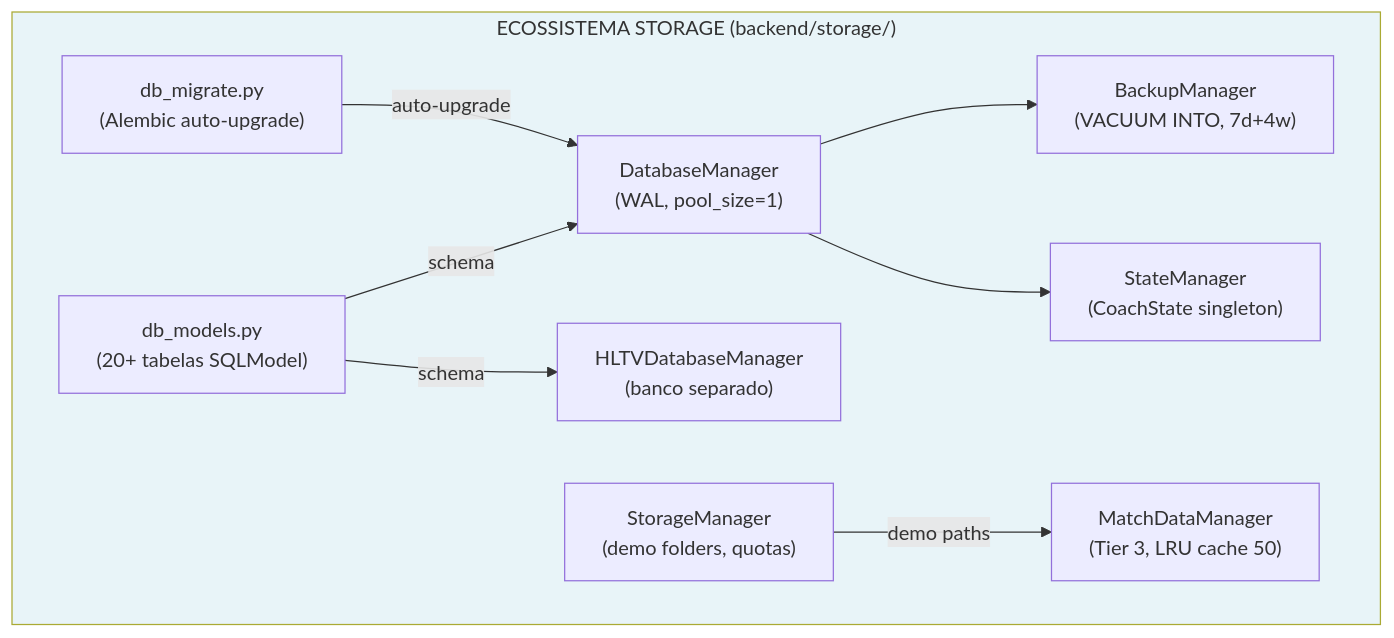
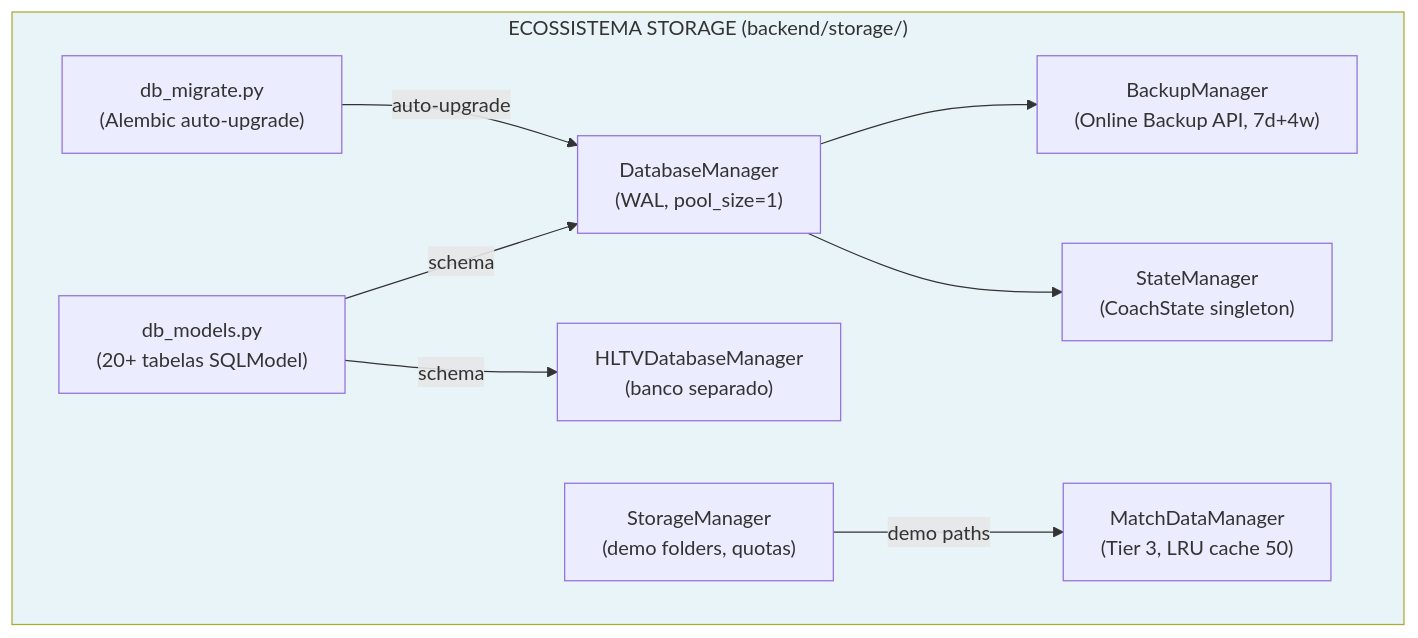
One commit to renanaugustomacena-ux/Counter-Strike-coach-AI changed diagram 41 of 48 in docs/books/Book-Coach-2-pt.md. Above: the diagram before and after it, drawn with Mermaid. The commit also changed other lines of this file and 29 other files, not shown here.

````diff
--- a/docs/books/Book-Coach-2-pt.md
+++ b/docs/books/Book-Coach-2-pt.md
@@ -2097,21 +2159,21 @@
 ```mermaid
 flowchart TB
     subgraph STORAGE["ECOSSISTEMA STORAGE (backend/storage/)"]
         DBM["DatabaseManager<br/>(WAL, pool_size=1)"]
         HLTV_DBM["HLTVDatabaseManager<br/>(banco separado)"]
         MDM["MatchDataManager<br/>(Tier 3, LRU cache 50)"]
-        BM["BackupManager<br/>(VACUUM INTO, 7d+4w)"]
+        BM["BackupManager<br/>(Online Backup API, 7d+4w)"]
         SM["StorageManager<br/>(demo folders, quotas)"]
         STM["StateManager<br/>(CoachState singleton)"]
         MODELS["db_models.py<br/>(20+ tabelas SQLModel)"]
         MIG["db_migrate.py<br/>(Alembic auto-upgrade)"]
     end
     MODELS -->|"schema"| DBM
     MODELS -->|"schema"| HLTV_DBM
     DBM --> BM
     DBM --> STM
     MIG -->|"auto-upgrade"| DBM
     SM -->|"demo paths"| MDM
 
     style STORAGE fill:#e8f4f8
 ```
````
